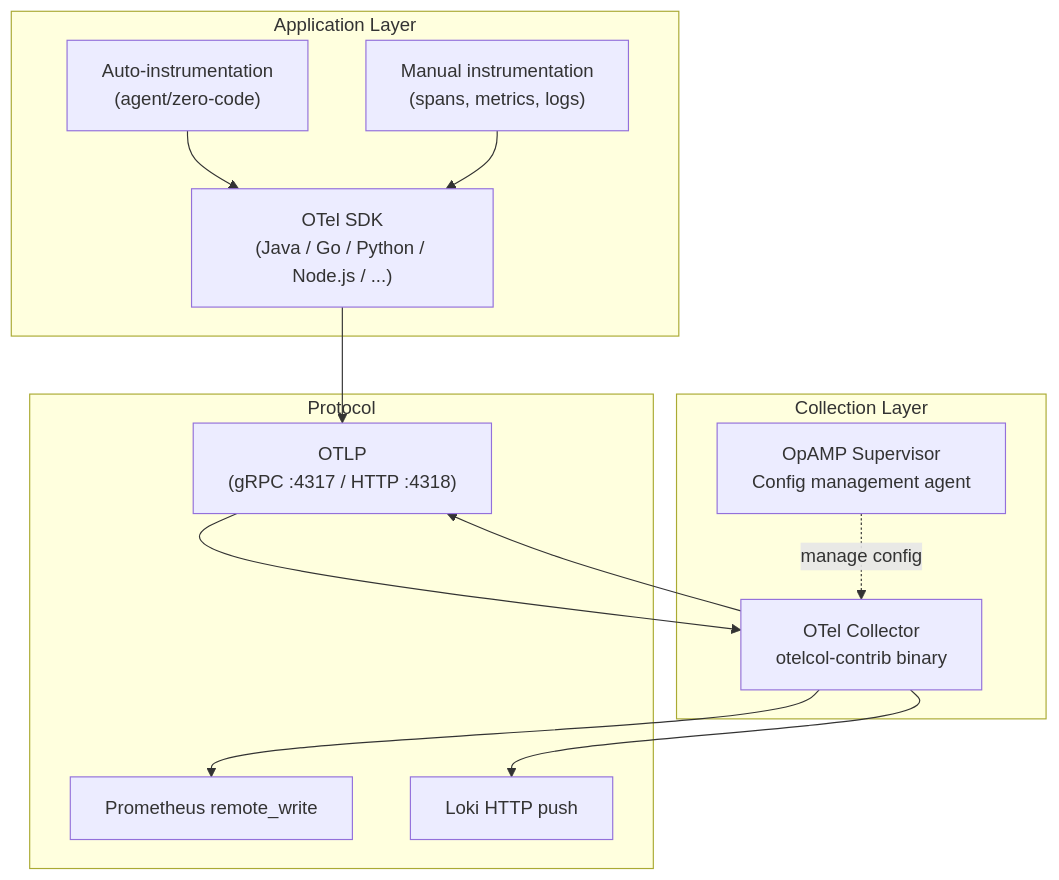
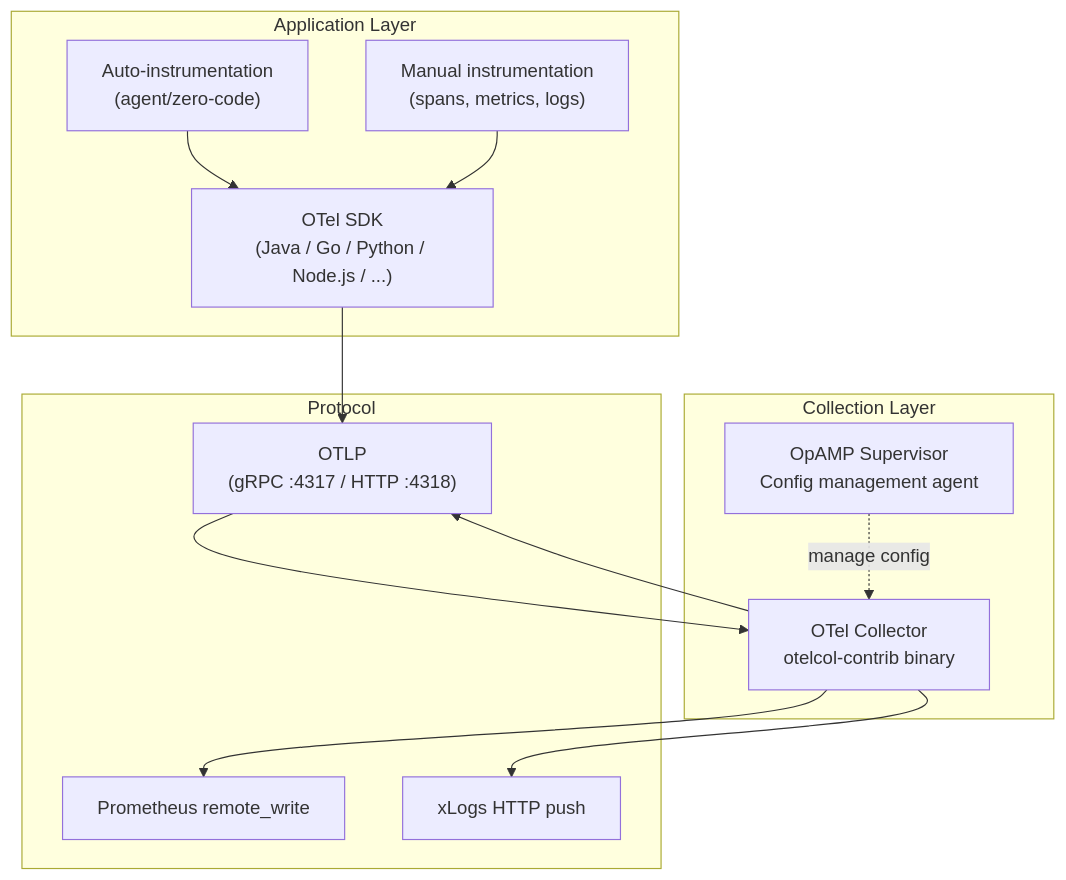
One commit to xscaler/training changed the second of 2 diagrams in docs/session-2/otel-overview.md. Above: the diagram before and after it, drawn with Mermaid. The commit also changed other lines of this file and 29 other files, not shown here.

````diff
--- a/docs/session-2/otel-overview.md
+++ b/docs/session-2/otel-overview.md
@@ -55,23 +55,23 @@
 ```mermaid
 graph TB
     subgraph "Application Layer"
         SDK["OTel SDK\n(Java / Go / Python / Node.js / ...)"]
         AUTO["Auto-instrumentation\n(agent/zero-code)"]
         MANUAL["Manual instrumentation\n(spans, metrics, logs)"]
     end
     subgraph "Collection Layer"
         COL["OTel Collector\notelcol-contrib binary"]
         SUP["OpAMP Supervisor\nConfig management agent"]
     end
     subgraph "Protocol"
         OTLP["OTLP\n(gRPC :4317 / HTTP :4318)"]
         PRW["Prometheus remote_write"]
-        LOKI["Loki HTTP push"]
+        LOKI["xLogs HTTP push"]
     end
 
     SDK --> OTLP
     AUTO & MANUAL --> SDK
     OTLP --> COL
     SUP -.->|manage config| COL
     COL --> PRW & LOKI & OTLP
 ```
````
